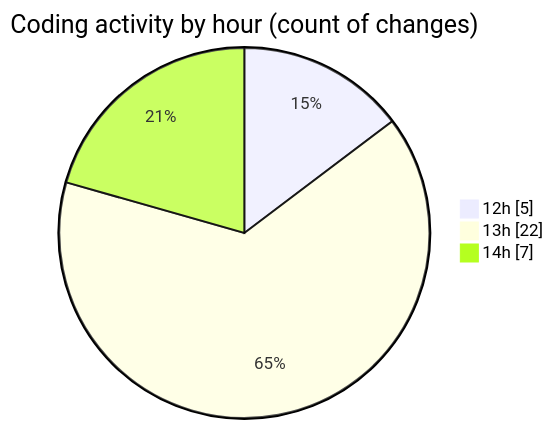
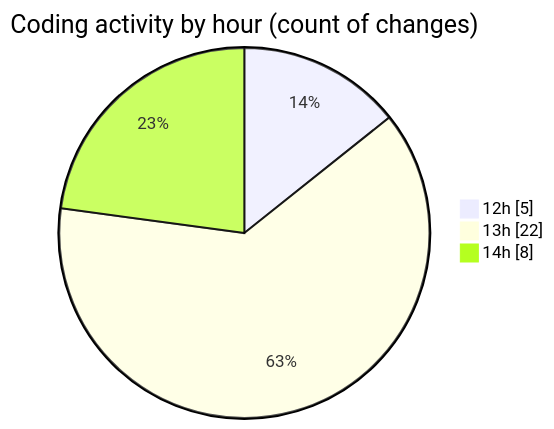
The second of 2 diagrams in 2025-04-19/myws__workspace_/README.md (MatusMokan/code-tracking), drawn with Mermaid before and after one commit. The commit also changed other lines of this file and 1 other file, not shown here.

````diff
--- a/2025-04-19/myws__workspace_/README.md
+++ b/2025-04-19/myws__workspace_/README.md
@@ -31,7 +31,7 @@
 ```mermaid
 pie showData
 title Coding activity by hour (count of changes)
 "12h" : 5
 "13h" : 22
-"14h" : 7
+"14h" : 8
 ```
````
